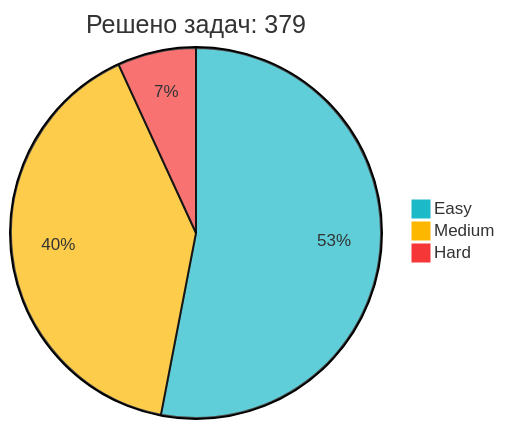
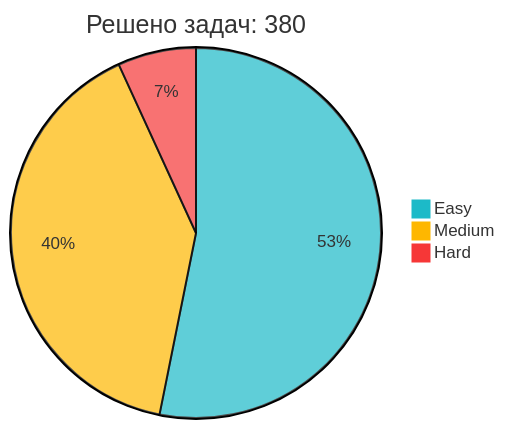
The diagram in README.md (IliaKurdukov/IliaKurdukov), drawn with Mermaid before and after one commit. The commit also changed other lines of this file, not shown here.

Commit message:
📈 Обновление статистики LeetCode

````diff
--- a/README.md
+++ b/README.md
@@ -51,7 +51,7 @@
 ```mermaid
 %%{init: {'theme': 'base', 'themeVariables': { 'pie1': '#1CBAC8', 'pie2': '#FEB700', 'pie3': '#F63737' }, 'config': {'width': 300, 'height': 200}}}%%
-pie title Решено задач: 379
-   "Easy" : 201
+pie title Решено задач: 380
+   "Easy" : 202
    "Medium" : 152
    "Hard" : 26
 ```
````
